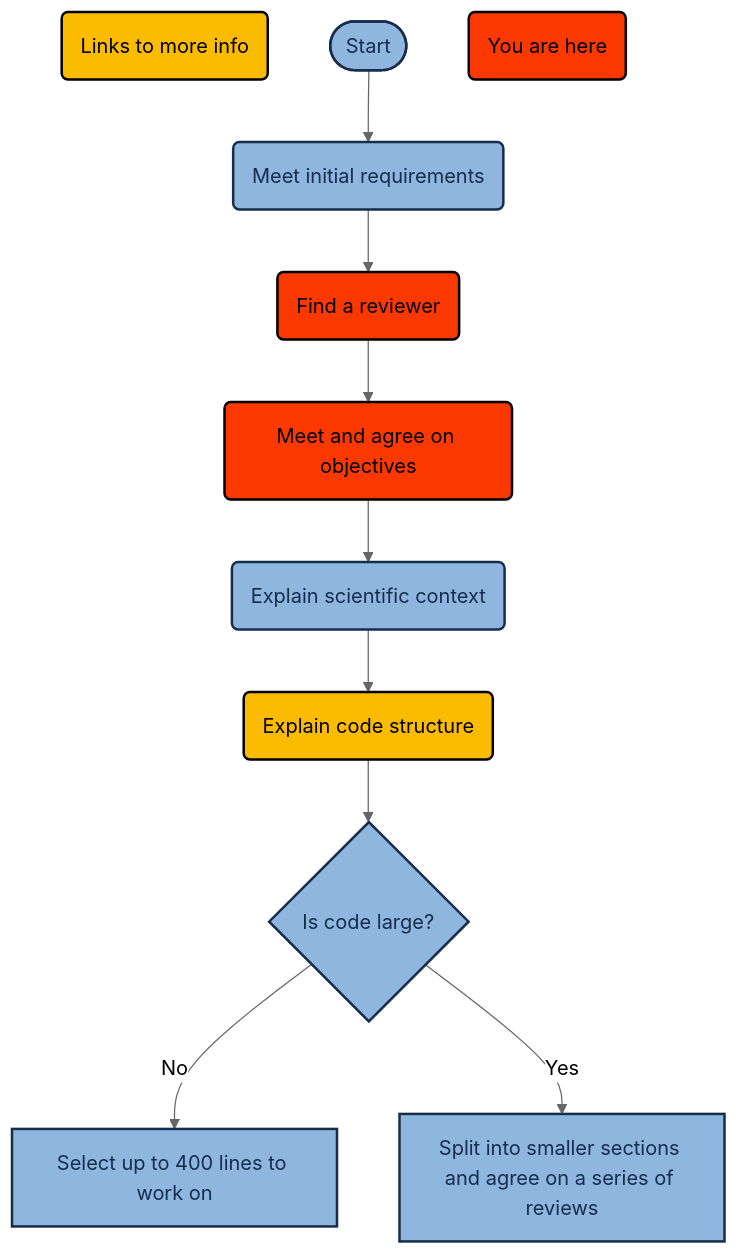
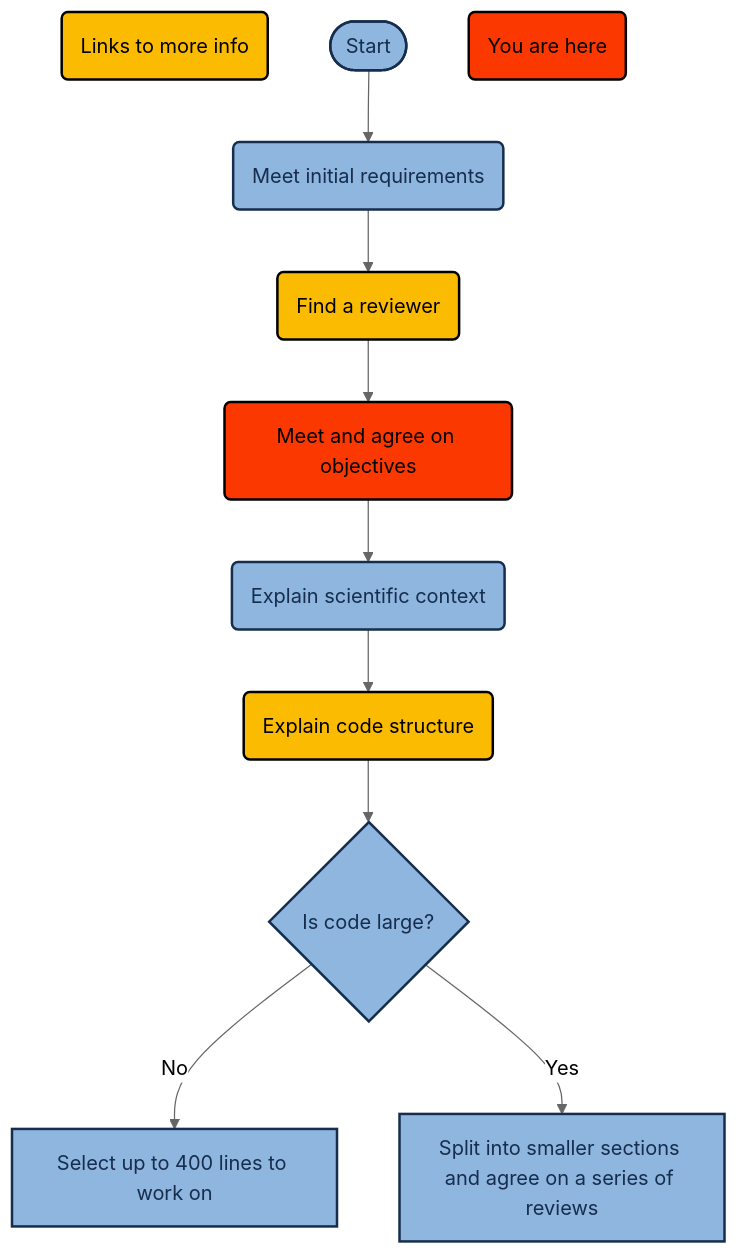
Before and after one commit to ResearchCodeReviewCommunity/dev-review: the diagram in site/content/recipes/meet_and_agree_on_objectives.md, drawn with Mermaid (neutral theme).

Commit message:
Fix flowchart box

```diff
--- a/site/content/recipes/meet_and_agree_on_objectives.md
+++ b/site/content/recipes/meet_and_agree_on_objectives.md
@@ -5,24 +5,24 @@
 {{< mermaid >}}
 %% lonecoder mermaid
 graph TD;
   Link(Links to more info)
   A([Start]) --> B(Meet initial requirements)
   YouAreHere(You are here)
   B --> C(Find a reviewer)
   C --> D(Meet and agree on objectives)
   D --> E(Explain scientific context)
   E --> F(Explain code structure)
   F --> G{Is code large?}
   G -- No --> H[Select up to 400 lines to work on]
   G -- Yes --> I[Split into smaller sections and agree on a series of reviews]
 
   click C "https://researchcodereviewcommunity.github.io/dev-review/recipes/find_a_reviewer/" "Find a reviewer"
   click D "https://researchcodereviewcommunity.github.io/dev-review/recipes/meet_and_agree_on_objectives/" "Meet and agree on objectives"
   click F "https://researchcodereviewcommunity.github.io/dev-review/recipes/explain_code_structure/" "Explain code structure"
 
   classDef default fill:#8EB6DE,stroke:#162D4D,stroke-width:2px,color:#162D4D;
   classDef linkedBox fill:#FABB00,stroke:#000,stroke-width:2px,color:#000;
   classDef youAreHereBox fill:#FA3800,stroke:#000,stroke-width:2px,color:#000;
   class Link,C,F linkedBox
-  class YouAreHere,C,D youAreHereBox
+  class YouAreHere,D youAreHereBox
 {{< /mermaid >}}
```
